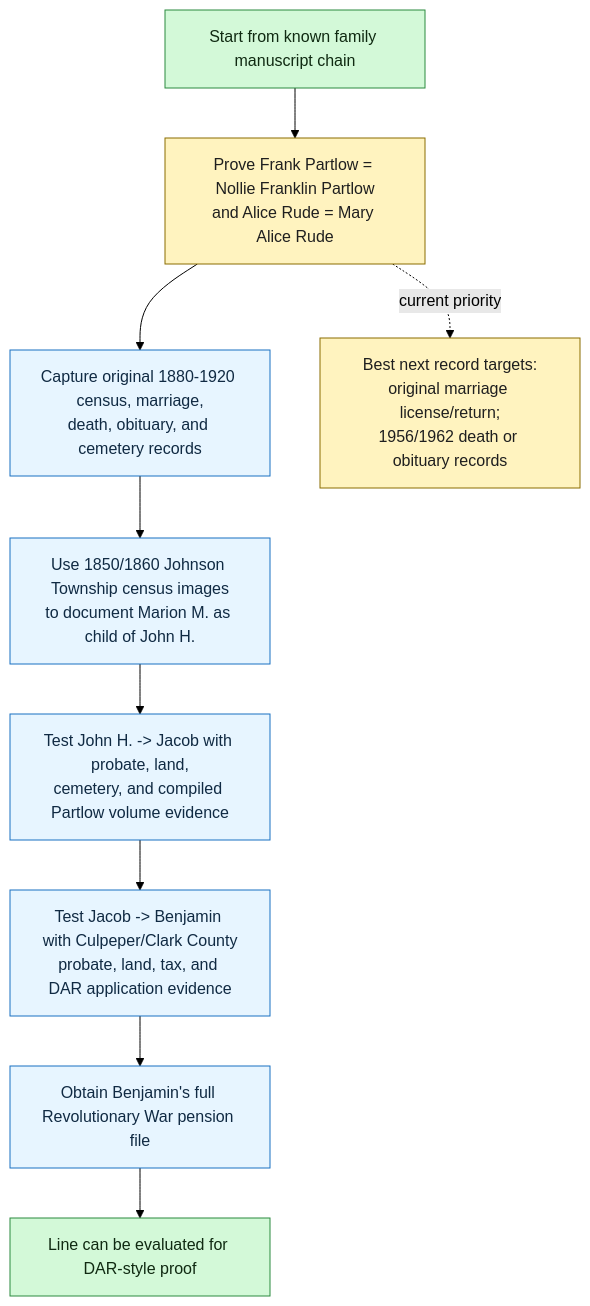
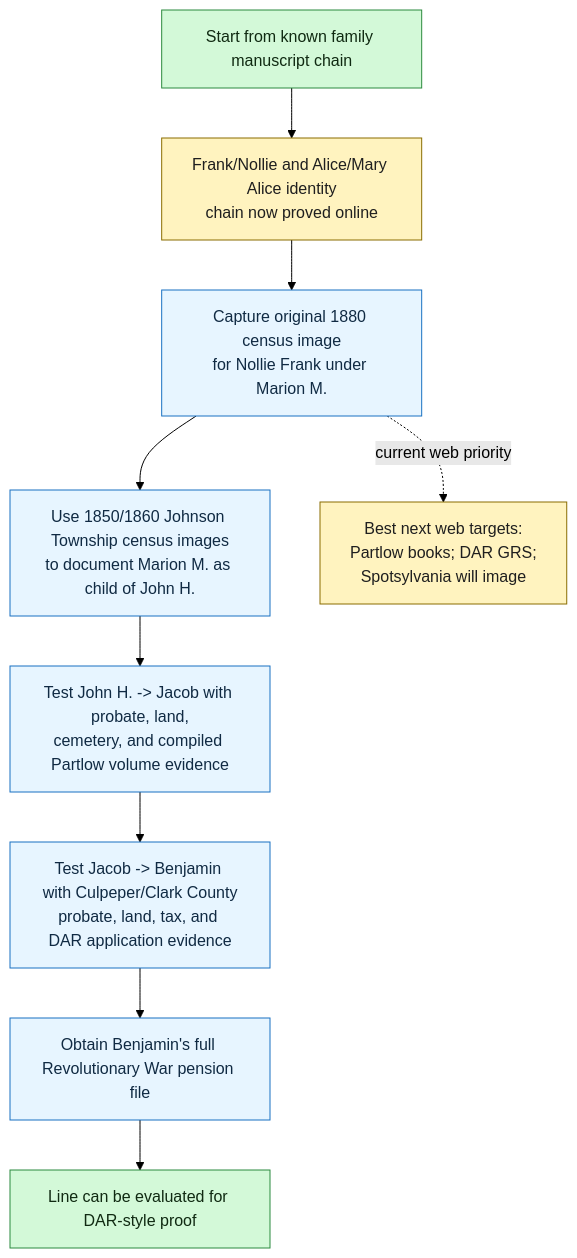
One commit to zcopley/copley-family-research changed the second of 2 diagrams in RQ-P1-PARTLOW-REVOLUTIONARY-LINE.md. Above: the diagram before and after it, drawn with Mermaid (forest theme). The commit also changed other lines of this file and 14 other files, not shown here.

Commit message:
Integrate Partlow Rude online identity chain

````diff
--- a/RQ-P1-PARTLOW-REVOLUTIONARY-LINE.md
+++ b/RQ-P1-PARTLOW-REVOLUTIONARY-LINE.md
@@ -238,22 +244,22 @@
 ```mermaid
 flowchart TD
     A["Start from known family manuscript chain"]
-    B["Prove Frank Partlow = Nollie Franklin Partlow<br/>and Alice Rude = Mary Alice Rude"]
-    C["Capture original 1880-1920 census, marriage,<br/>death, obituary, and cemetery records"]
+    B["Frank/Nollie and Alice/Mary Alice identity<br/>chain now proved online"]
+    C["Capture original 1880 census image<br/>for Nollie Frank under Marion M."]
     D["Use 1850/1860 Johnson Township census images<br/>to document Marion M. as child of John H."]
     E["Test John H. -> Jacob with probate, land,<br/>cemetery, and compiled Partlow volume evidence"]
     F["Test Jacob -> Benjamin with Culpeper/Clark County<br/>probate, land, tax, and DAR application evidence"]
     G["Obtain Benjamin's full Revolutionary War pension file"]
     H["Line can be evaluated for DAR-style proof"]
 
     A --> B --> C --> D --> E --> F --> G --> H
-    B -. "current priority" .-> P["Best next record targets:<br/>original marriage license/return;<br/>1956/1962 death or obituary records"]
+    C -. "current web priority" .-> P["Best next web targets:<br/>Partlow books; DAR GRS;<br/>Spotsylvania will image"]
 
     class A,H goal
     class B,P priority
     class C,D,E,F,G action
 
     classDef goal fill:#d3f9d8,stroke:#2b8a3e,color:#102a12;
     classDef priority fill:#fff3bf,stroke:#8a6d00,color:#1f1f1f;
     classDef action fill:#e7f5ff,stroke:#1971c2,color:#102a43;
 ```
````
